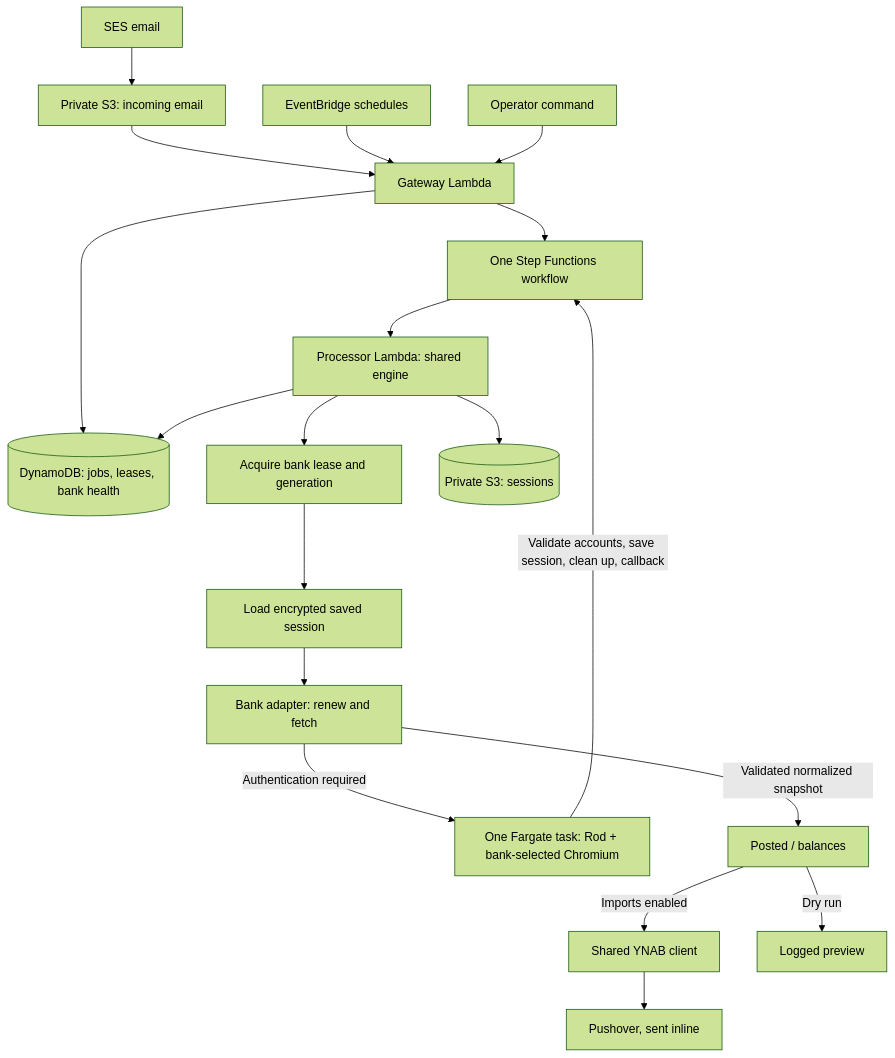
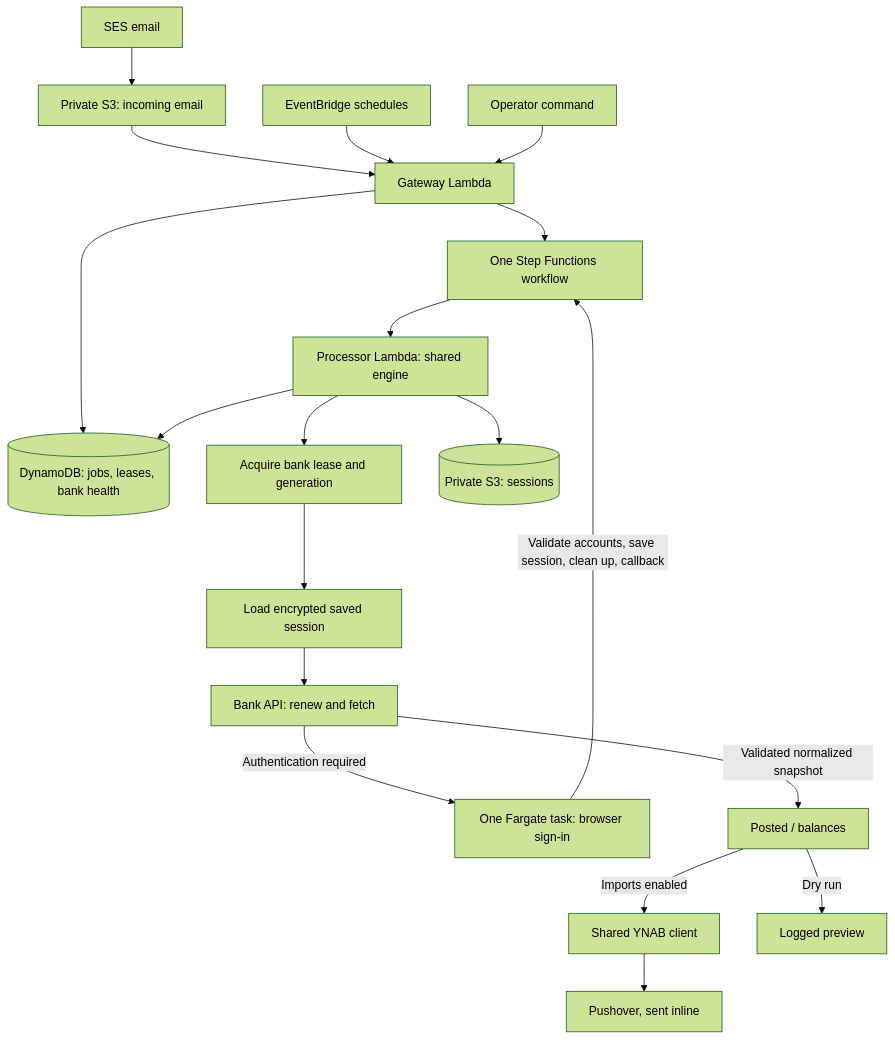
The diagram in README.md (nathanfredericks/transactions), drawn with Mermaid (forest theme) before and after one commit. The commit also changed other lines of this file and 2 other files, not shown here.

````diff
--- a/README.md
+++ b/README.md
@@ -5,21 +5,21 @@
 ```mermaid
 flowchart TD
   Email[SES email] --> S3[Private S3: incoming email]
   S3 --> Gateway[Gateway Lambda]
   Schedule[EventBridge schedules] --> Gateway
   Operator[Operator command] --> Gateway
   Gateway --> State[(DynamoDB: jobs, leases, bank health)]
   Gateway --> Workflow[One Step Functions workflow]
   Workflow --> Engine[Processor Lambda: shared engine]
   Engine --> Lease[Acquire bank lease and generation]
   Lease --> Session[Load encrypted saved session]
-  Session --> Adapter[Bank adapter: renew and fetch]
-  Adapter -->|Authentication required| Browser[One Fargate task: Rod + bank-selected Chromium]
+  Session --> Adapter[Bank API: renew and fetch]
+  Adapter -->|Authentication required| Browser[One Fargate task: browser sign-in]
   Browser -->|Validate accounts, save session, clean up, callback| Workflow
   Adapter -->|Validated normalized snapshot| Strategy[Posted / balances]
   Strategy -->|Imports enabled| YNAB[Shared YNAB client]
   Strategy -->|Dry run| Preview[Logged preview]
   Engine --> State
   Engine --> Private[(Private S3: sessions)]
   YNAB --> Pushover[Pushover, sent inline]
 ```
````
